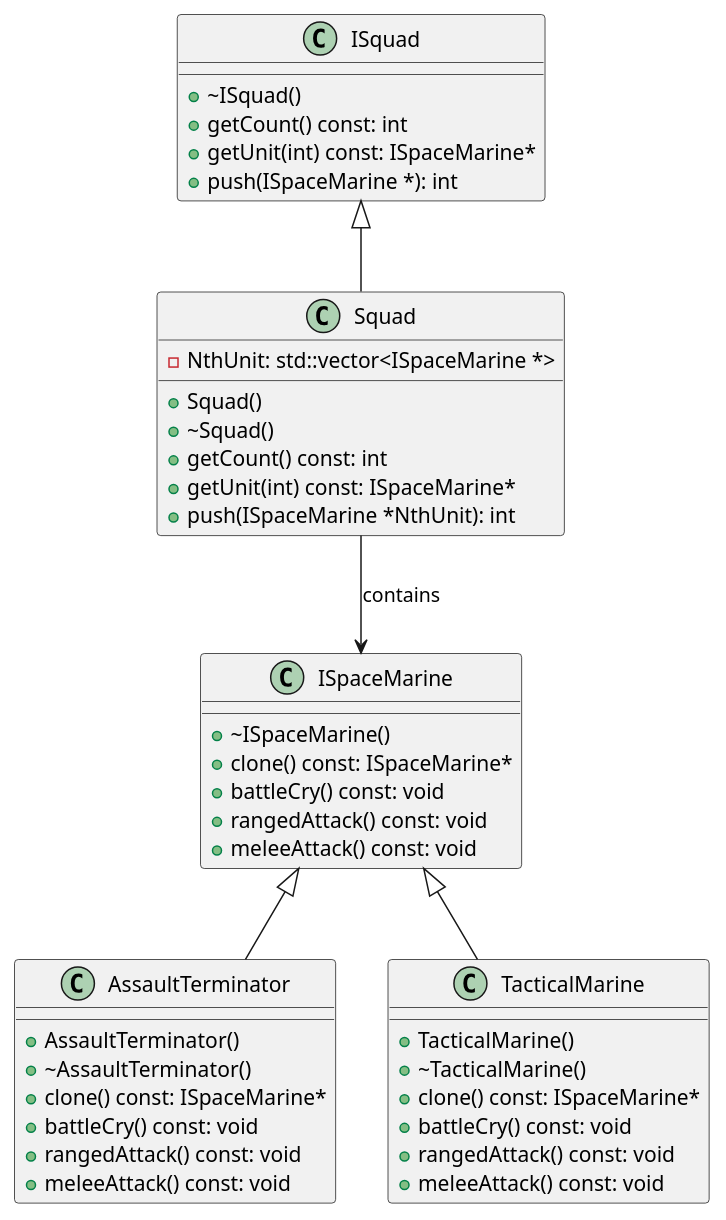
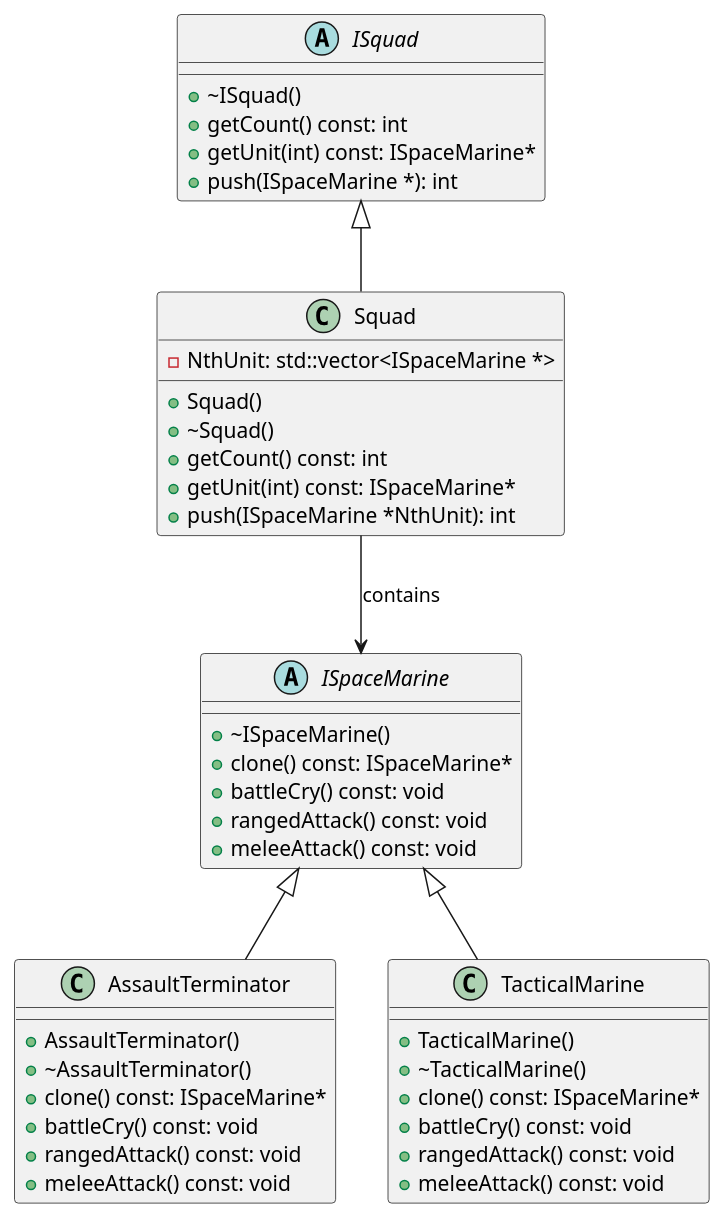
One commit to AMarieTnS/CppTraining changed the diagram in Module 4/ex2/plant.plantuml. Above: the diagram before and after it, drawn with PlantUML. The commit also changed 3 other files, not shown here.

Commit message:
Fix UML - abstract class

```diff
--- a/Module 4/ex2/plant.plantuml
+++ b/Module 4/ex2/plant.plantuml
@@ -1,47 +1,47 @@
-@startuml Module4Ex2
+@startuml UMLModule4Ex2
 class AssaultTerminator {
   + AssaultTerminator()
   + ~AssaultTerminator()
   + clone() const: ISpaceMarine*
   + battleCry() const: void 
   + rangedAttack() const: void
   + meleeAttack() const: void
 }
 
-class ISpaceMarine {
+abstract class ISpaceMarine {
   + ~ISpaceMarine()
   + clone() const: ISpaceMarine*
   + battleCry() const: void
   + rangedAttack() const: void
   + meleeAttack() const: void
 }
-class ISquad {
+abstract class ISquad {
   + ~ISquad()
   + getCount() const: int
   + getUnit(int) const: ISpaceMarine*
   + push(ISpaceMarine *): int
 }
 class Squad {
   - NthUnit: std::vector<ISpaceMarine *> 
   + Squad()
   + ~Squad()
   + getCount() const: int
   + getUnit(int) const: ISpaceMarine*
   + push(ISpaceMarine *NthUnit): int
 }
 class TacticalMarine {
   + TacticalMarine()
   + ~TacticalMarine()
   + clone() const: ISpaceMarine*
   + battleCry() const: void
   + rangedAttack() const: void
   + meleeAttack() const: void
 }
 
 ISpaceMarine <|-- AssaultTerminator
 ISpaceMarine <|-- TacticalMarine
 ISquad <|-- Squad
 
 Squad --> ISpaceMarine : contains
 
 @enduml
```
